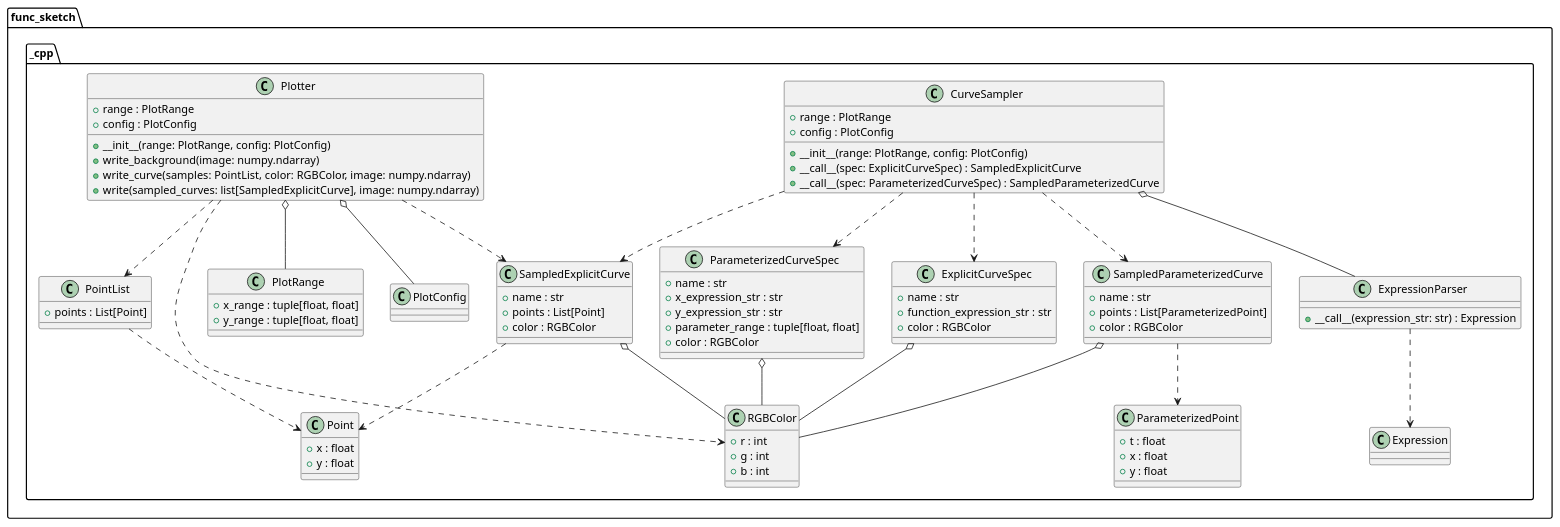
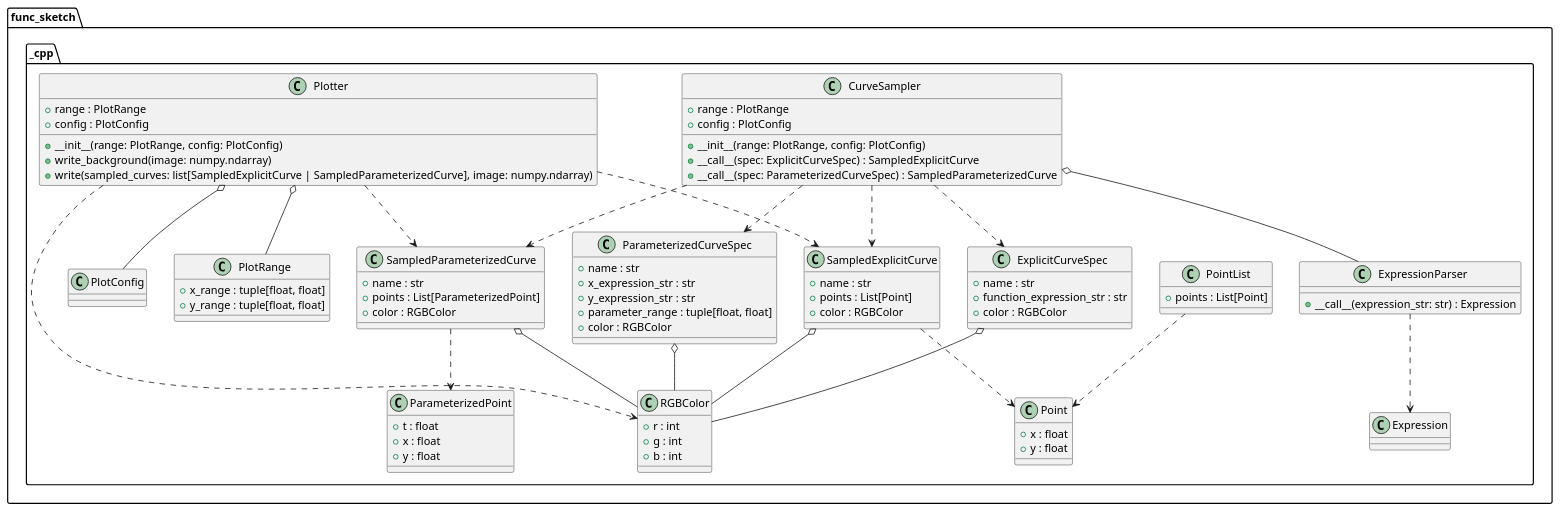
Before and after one commit to MusicScience37/FuncSketch: the diagram in docs/sphinx/design_notes/classes_python.puml, drawn with PlantUML. The commit also changed 14 other files, not shown here.

Commit message:
:sparkles: Plotting parameterized curves.

```diff
--- a/docs/sphinx/design_notes/classes_python.puml
+++ b/docs/sphinx/design_notes/classes_python.puml
@@ -1,102 +1,101 @@
 @startuml classes_python
 
 package func_sketch {
     package _cpp {
         class Expression
 
         class ExpressionParser {
             + __call__(expression_str: str) : Expression
         }
         ExpressionParser ..> Expression
 
         class RGBColor {
             + r : int
             + g : int
             + b : int
         }
 
         class Point {
             + x : float
             + y : float
         }
 
         class ParameterizedPoint {
             + t : float
             + x : float
             + y : float
         }
 
         class PointList {
             + points : List[Point]
         }
         PointList ..> Point
 
         class PlotRange {
             + x_range : tuple[float, float]
             + y_range : tuple[float, float]
         }
 
         class PlotConfig
 
         class ExplicitCurveSpec {
             + name : str
             + function_expression_str : str
             + color : RGBColor
         }
         ExplicitCurveSpec o-- RGBColor
 
         class SampledExplicitCurve {
             + name : str
             + points : List[Point]
             + color : RGBColor
         }
         SampledExplicitCurve ..> Point
         SampledExplicitCurve o-- RGBColor
 
         class ParameterizedCurveSpec {
             + name : str
             + x_expression_str : str
             + y_expression_str : str
             + parameter_range : tuple[float, float]
             + color : RGBColor
         }
         ParameterizedCurveSpec o-- RGBColor
 
         class SampledParameterizedCurve {
             + name : str
             + points : List[ParameterizedPoint]
             + color : RGBColor
         }
         SampledParameterizedCurve ..> ParameterizedPoint
         SampledParameterizedCurve o-- RGBColor
 
         class CurveSampler {
             + __init__(range: PlotRange, config: PlotConfig)
             + range : PlotRange
             + config : PlotConfig
             + __call__(spec: ExplicitCurveSpec) : SampledExplicitCurve
             + __call__(spec: ParameterizedCurveSpec) : SampledParameterizedCurve
         }
         CurveSampler o-- ExpressionParser
         CurveSampler ..> ExplicitCurveSpec
         CurveSampler ..> SampledExplicitCurve
         CurveSampler ..> ParameterizedCurveSpec
         CurveSampler ..> SampledParameterizedCurve
 
         class Plotter {
             + __init__(range: PlotRange, config: PlotConfig)
             + range : PlotRange
             + config : PlotConfig
             + write_background(image: numpy.ndarray)
-            + write_curve(samples: PointList, color: RGBColor, image: numpy.ndarray)
-            + write(sampled_curves: list[SampledExplicitCurve], image: numpy.ndarray)
+            + write(sampled_curves: list[SampledExplicitCurve | SampledParameterizedCurve], image: numpy.ndarray)
         }
         Plotter o-- PlotRange
         Plotter o-- PlotConfig
-        Plotter ..> PointList
         Plotter ..> SampledExplicitCurve
+        Plotter ..> SampledParameterizedCurve
         Plotter ..> RGBColor
     }
 }
 
 @enduml
```
